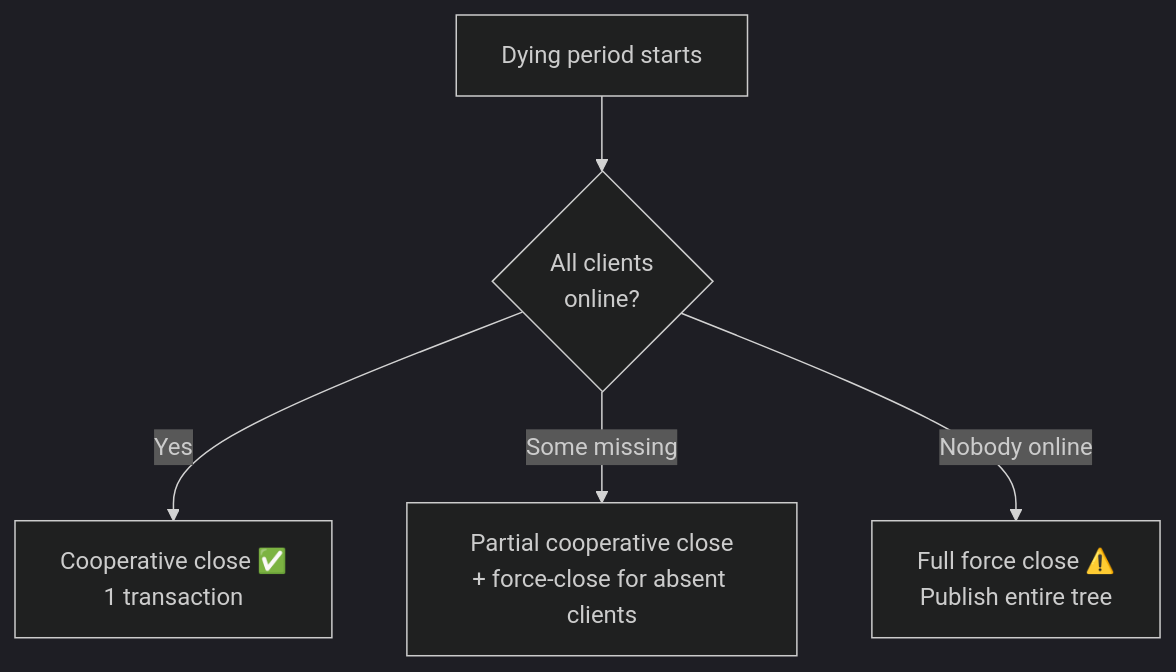
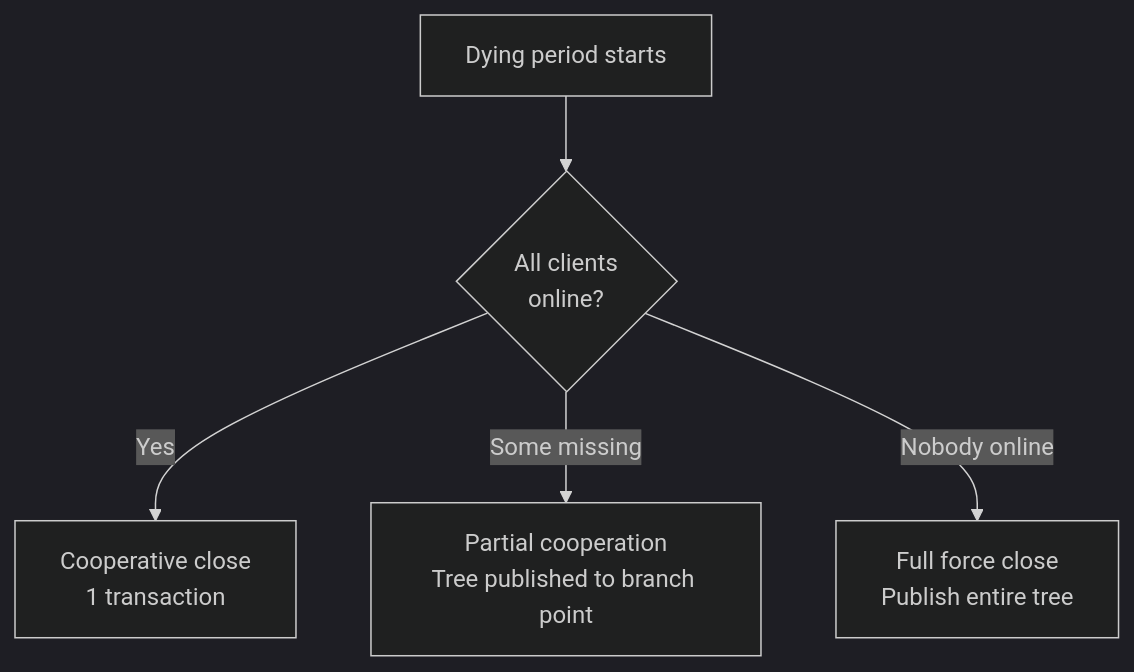
One commit to 8144225309/superscalar-docs changed the second of 2 diagrams in how-it-works/cooperative-close.md. Above: the diagram before and after it, drawn with Mermaid (dark theme). The commit also changed other lines of this file and 31 other files, not shown here.

````diff
--- a/how-it-works/cooperative-close.md
+++ b/how-it-works/cooperative-close.md
@@ -65,8 +65,8 @@
 ```mermaid
 flowchart TD
     D["Dying period starts"]
     D --> C{"All clients<br/>online?"}
-    C -->|"Yes"| CO["Cooperative close ✅<br/>1 transaction"]
-    C -->|"Some missing"| P["Partial cooperative close<br/>+ force-close for absent clients"]
-    C -->|"Nobody online"| FC["Full force close ⚠️<br/>Publish entire tree"]
+    C -->|"Yes"| CO["Cooperative close<br/>1 transaction"]
+    C -->|"Some missing"| P["Partial cooperation<br/>Tree published to branch point"]
+    C -->|"Nobody online"| FC["Full force close<br/>Publish entire tree"]
 ```
````
